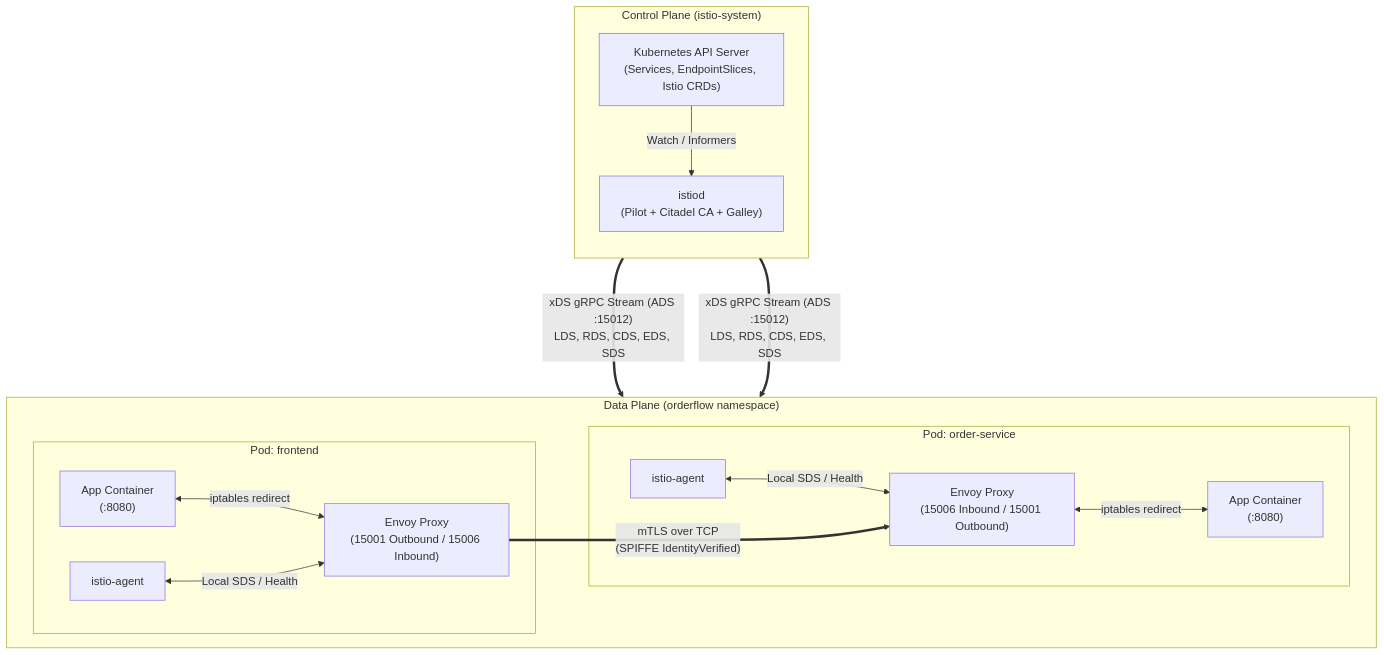
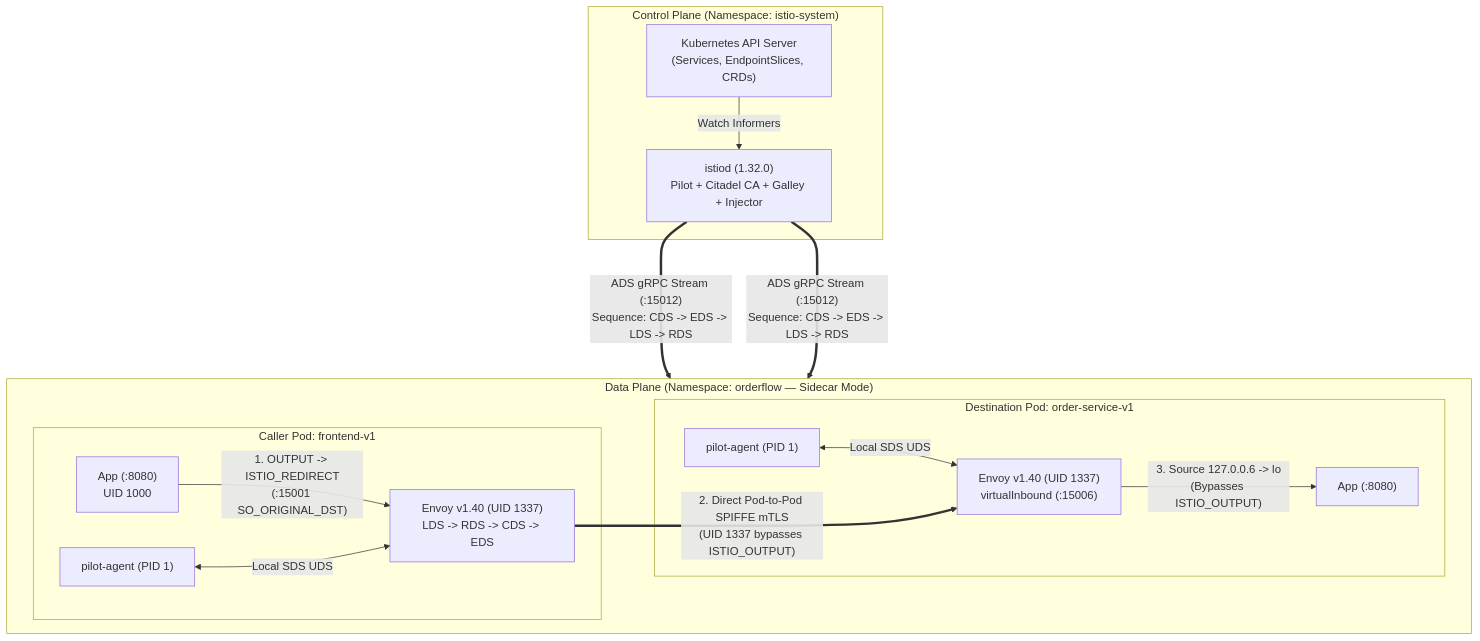
Before and after one commit to chan3845/Istio: the first of 2 diagrams in 01-architecture-and-internals/README.md, drawn with Mermaid. The commit also changed other lines of this file and 56 other files, not shown here.

````diff
--- a/01-architecture-and-internals/README.md
+++ b/01-architecture-and-internals/README.md
@@ -23,33 +49,24 @@
 ```mermaid
 flowchart TB
-    subgraph ControlPlane["Control Plane (istio-system)"]
-        direction TB
-        Istiod["istiod<br/>(Pilot + Citadel CA + Galley)"]
-        K8sAPI["Kubernetes API Server<br/>(Services, EndpointSlices, Istio CRDs)"]
-        K8sAPI -->|"Watch / Informers"| Istiod
+    subgraph ControlPlane["Control Plane (Namespace: istio-system)"]
+        K8sAPI["Kubernetes API Server<br/>(Services, EndpointSlices, CRDs)"] -->|"Watch Informers"| Istiod["istiod (1.32.0)<br/>Pilot + Citadel CA + Galley + Injector"]
     end
 
-    subgraph DataPlane["Data Plane (orderflow namespace)"]
+    subgraph DataPlane["Data Plane (Namespace: orderflow — Sidecar Mode)"]
         direction LR
-        subgraph PodA["Pod: frontend"]
-            AppA["App Container<br/>(:8080)"]
-            AgentA["istio-agent"]
-            EnvoyA["Envoy Proxy<br/>(15001 Outbound / 15006 Inbound)"]
-            AppA <-->|"iptables redirect"| EnvoyA
-            AgentA <-->|"Local SDS / Health"| EnvoyA
+        subgraph PodA["Caller Pod: frontend-v1"]
+            AppA["App (:8080)<br/>UID 1000"] -->|"1. OUTPUT -> ISTIO_REDIRECT<br/>(:15001 SO_ORIGINAL_DST)"| EnvoyA["Envoy v1.40 (UID 1337)<br/>LDS -> RDS -> CDS -> EDS"]
+            AgentA["pilot-agent (PID 1)"] <-->|"Local SDS UDS"| EnvoyA
         end
 
-        subgraph PodB["Pod: order-service"]
-            EnvoyB["Envoy Proxy<br/>(15006 Inbound / 15001 Outbound)"]
-            AgentB["istio-agent"]
-            AppB["App Container<br/>(:8080)"]
-            EnvoyB <-->|"iptables redirect"| AppB
-            AgentB <-->|"Local SDS / Health"| EnvoyB
+        subgraph PodB["Destination Pod: order-service-v1"]
+            EnvoyB["Envoy v1.40 (UID 1337)<br/>virtualInbound (:15006)"] -->|"3. Source 127.0.0.6 -> lo<br/>(Bypasses ISTIO_OUTPUT)"| AppB["App (:8080)"]
+            AgentB["pilot-agent (PID 1)"] <-->|"Local SDS UDS"| EnvoyB
         end
 
-        EnvoyA ===>|"mTLS over TCP<br/>(SPIFFE IdentityVerified)"| EnvoyB
+        EnvoyA ===>|"2. Direct Pod-to-Pod SPIFFE mTLS<br/>(UID 1337 bypasses ISTIO_OUTPUT)"| EnvoyB
     end
 
-    Istiod ===>|"xDS gRPC Stream (ADS :15012)<br/>LDS, RDS, CDS, EDS, SDS"| AgentA
-    Istiod ===>|"xDS gRPC Stream (ADS :15012)<br/>LDS, RDS, CDS, EDS, SDS"| AgentB
+    Istiod ===>|"ADS gRPC Stream (:15012)<br/>Sequence: CDS -> EDS -> LDS -> RDS"| AgentA
+    Istiod ===>|"ADS gRPC Stream (:15012)<br/>Sequence: CDS -> EDS -> LDS -> RDS"| AgentB
 ```
````
